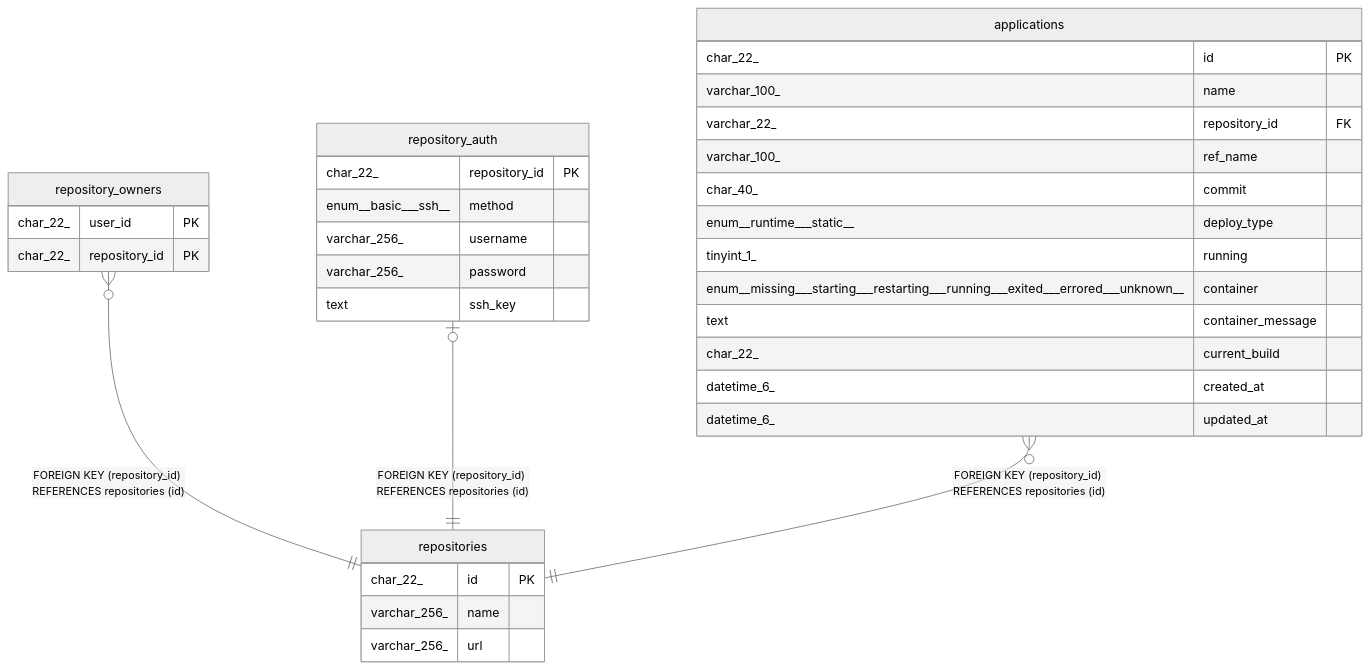
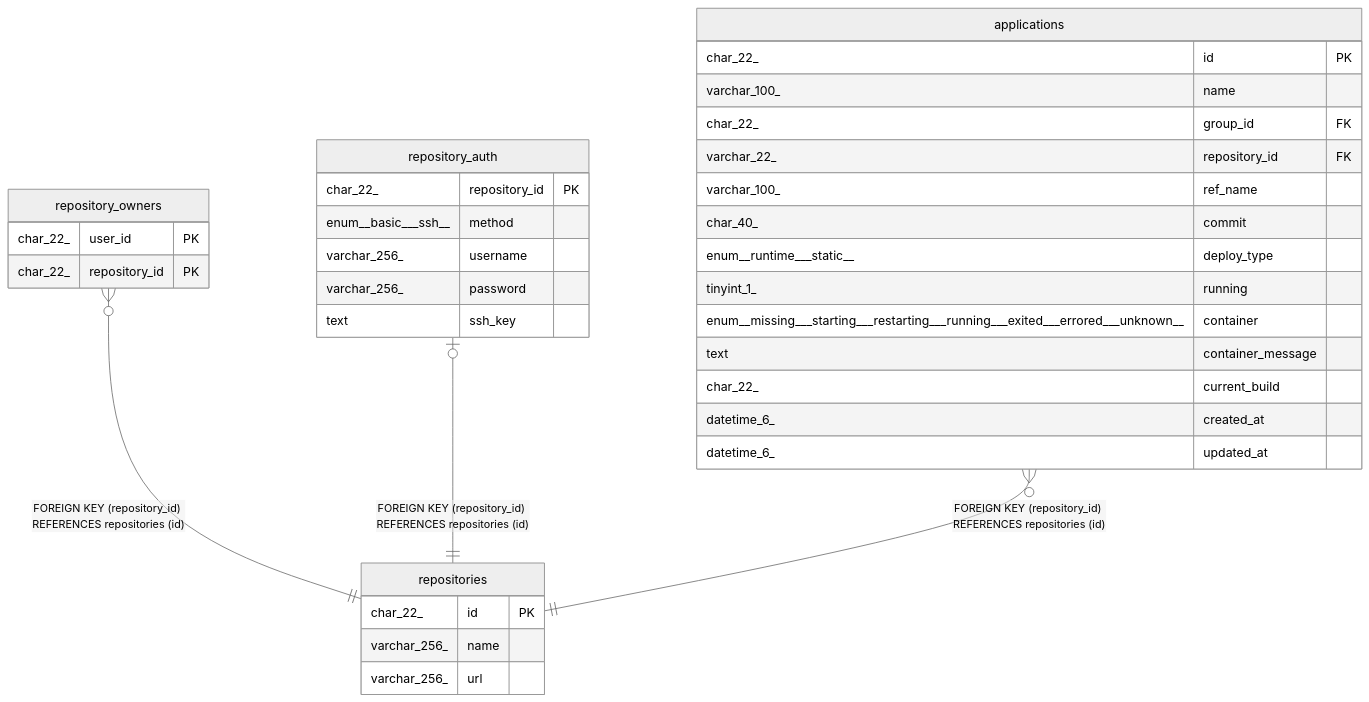
One commit to traPtitech/NeoShowcase changed the diagram in docs/dbschema/repositories.md. Above: the diagram before and after it, drawn with Mermaid (neutral theme). The commit also changed 11 other files, not shown here.

Commit message:
docs(dbschema): regenerate for application groups

````diff
--- a/docs/dbschema/repositories.md
+++ b/docs/dbschema/repositories.md
@@ -46,38 +46,39 @@
 ```mermaid
 erDiagram
 
 "repository_owners" }o--|| "repositories" : "FOREIGN KEY (repository_id) REFERENCES repositories (id)"
 "repository_auth" |o--|| "repositories" : "FOREIGN KEY (repository_id) REFERENCES repositories (id)"
 "applications" }o--|| "repositories" : "FOREIGN KEY (repository_id) REFERENCES repositories (id)"
 
 "repositories" {
   char_22_ id PK
   varchar_256_ name
   varchar_256_ url
 }
 "repository_owners" {
   char_22_ user_id PK
   char_22_ repository_id PK
 }
 "repository_auth" {
   char_22_ repository_id PK
   enum__basic___ssh__ method
   varchar_256_ username
   varchar_256_ password
   text ssh_key
 }
 "applications" {
   char_22_ id PK
   varchar_100_ name
+  char_22_ group_id FK
   varchar_22_ repository_id FK
   varchar_100_ ref_name
   char_40_ commit
   enum__runtime___static__ deploy_type
   tinyint_1_ running
   enum__missing___starting___restarting___running___exited___errored___unknown__ container
   text container_message
   char_22_ current_build
   datetime_6_ created_at
   datetime_6_ updated_at
 }
 ```
````
